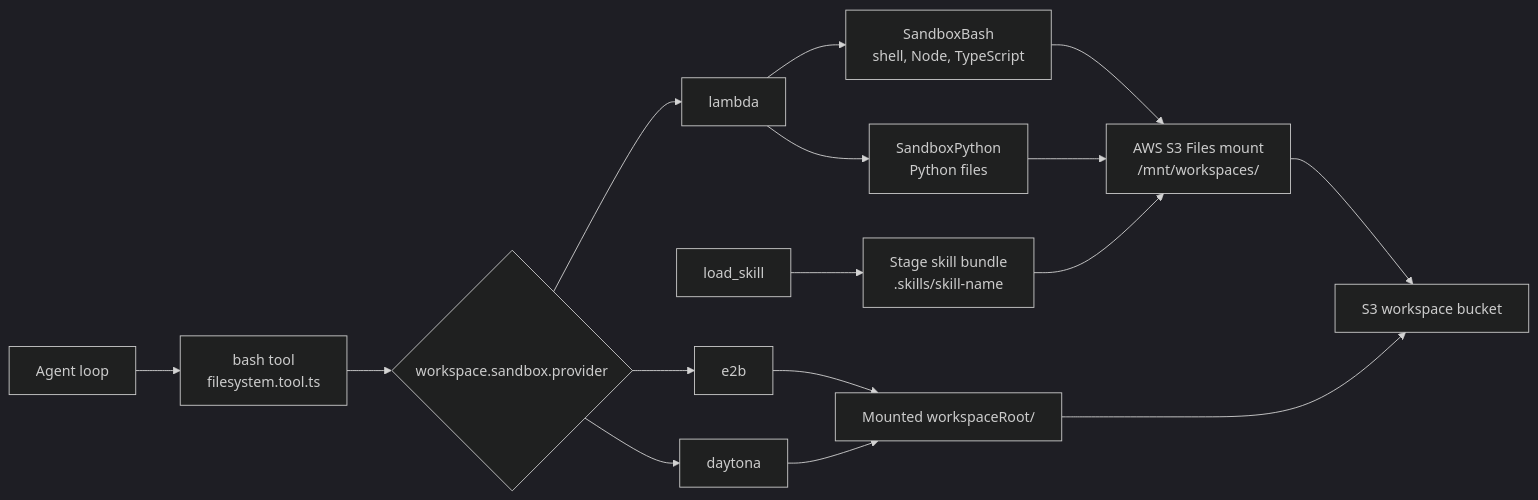
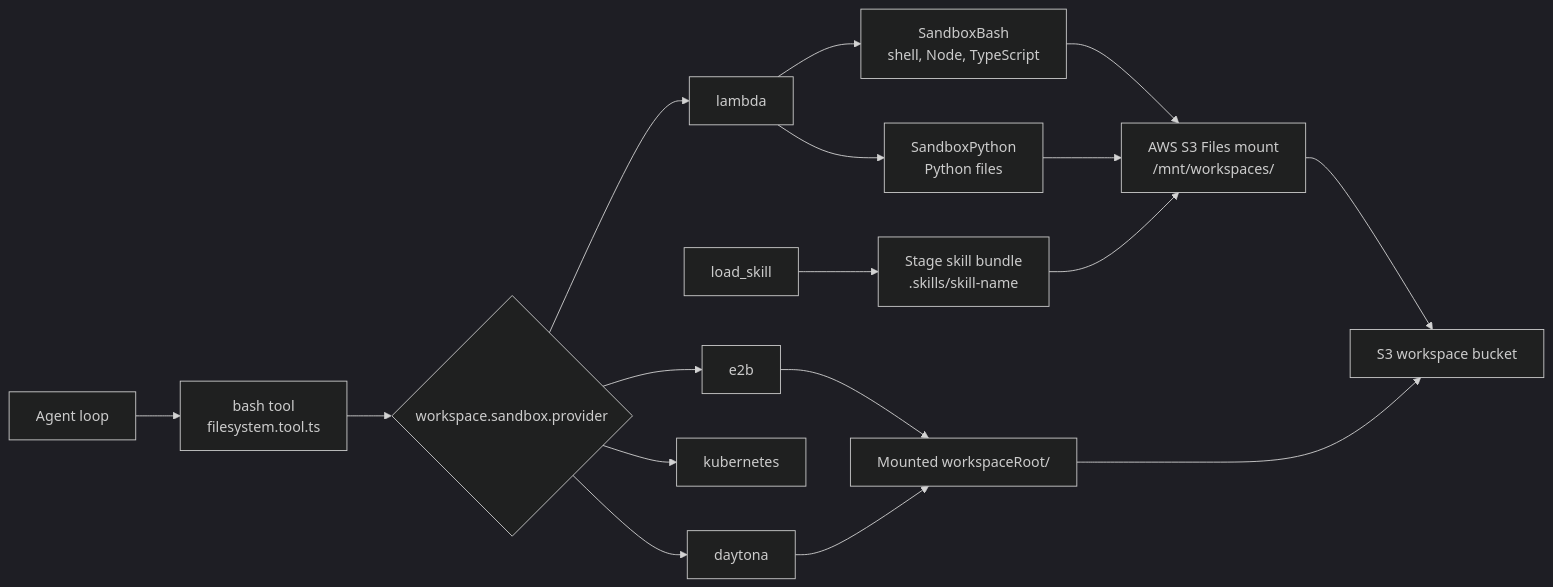
One commit to beeblastco/broods changed the diagram in docs/workspace/sandbox/index.md. Above: the diagram before and after it, drawn with Mermaid (dark theme). The commit also changed other lines of this file and 4 other files, not shown here.

First line of the commit message:
feat(sandbox): wire kubernetes provider through SST + CI/CD, add docs

````diff
--- a/docs/workspace/sandbox/index.md
+++ b/docs/workspace/sandbox/index.md
@@ -5,18 +5,19 @@
 ```mermaid
 flowchart LR
   Agent["Agent loop"] --> Tool["bash tool<br/>filesystem.tool.ts"]
   Tool --> Provider{"workspace.sandbox.provider"}
   Provider --> Lambda["lambda"]
   Provider --> E2B["e2b"]
   Provider --> Daytona["daytona"]
+  Provider --> Kubernetes["kubernetes"]
   Lambda --> Bash["SandboxBash<br/>shell, Node, TypeScript"]
   Lambda --> Python["SandboxPython<br/>Python files"]
   Bash --> Mount["AWS S3 Files mount<br/>/mnt/workspaces/<namespace>"]
   Python --> Mount
   Skill["load_skill"] --> Stage["Stage skill bundle<br/>.skills/skill-name"]
   Stage --> Mount
   E2B --> ExternalMount["Mounted workspaceRoot/<namespace>"]
   Daytona --> ExternalMount
   Mount --> Bucket["S3 workspace bucket"]
   ExternalMount --> Bucket
 ```
````
